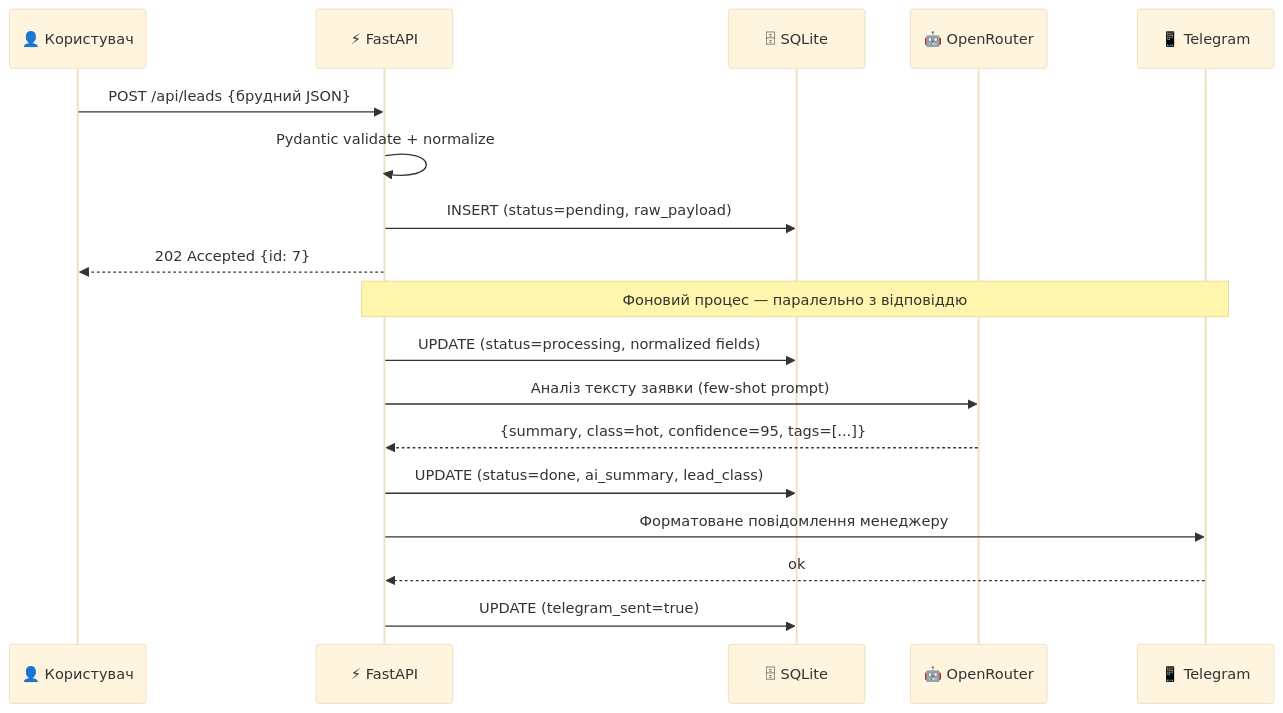
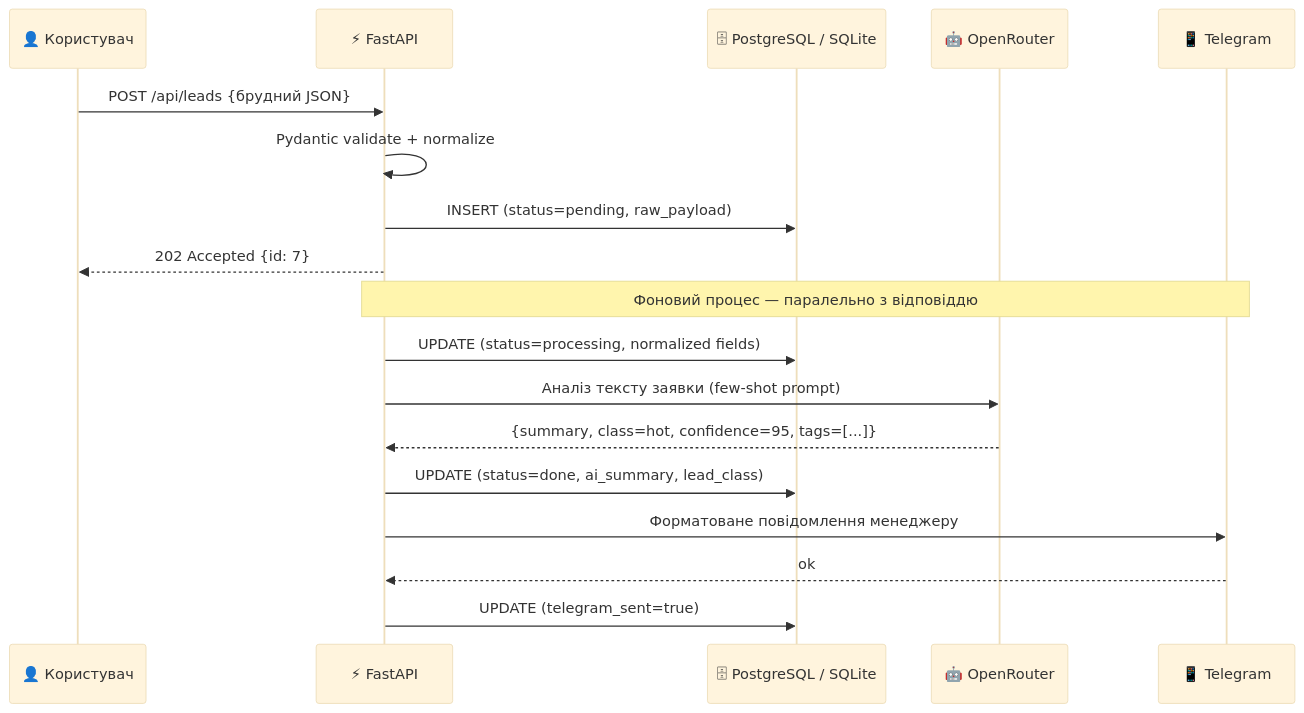
Before and after one commit to yoydich/lead-processing-api: the second of 3 diagrams in README.md, drawn with Mermaid (base theme). The commit also changed other lines of this file, not shown here.

Commit message:
Document PostgreSQL production storage

````diff
--- a/README.md
+++ b/README.md
@@ -100,23 +100,23 @@
 ```mermaid
 sequenceDiagram
     participant U as 👤 Користувач
     participant API as ⚡ FastAPI
-    participant DB as 🗄 SQLite
+    participant DB as 🗄 PostgreSQL / SQLite
     participant LLM as 🤖 OpenRouter
     participant TG as 📱 Telegram
 
     U->>API: POST /api/leads {брудний JSON}
     API->>API: Pydantic validate + normalize
     API->>DB: INSERT (status=pending, raw_payload)
     API-->>U: 202 Accepted {id: 7}
 
     Note over API,TG: Фоновий процес — паралельно з відповіддю
 
     API->>DB: UPDATE (status=processing, normalized fields)
     API->>LLM: Аналіз тексту заявки (few-shot prompt)
     LLM-->>API: {summary, class=hot, confidence=95, tags=[...]}
     API->>DB: UPDATE (status=done, ai_summary, lead_class)
     API->>TG: Форматоване повідомлення менеджеру
     TG-->>API: ok
     API->>DB: UPDATE (telegram_sent=true)
 ```
````
